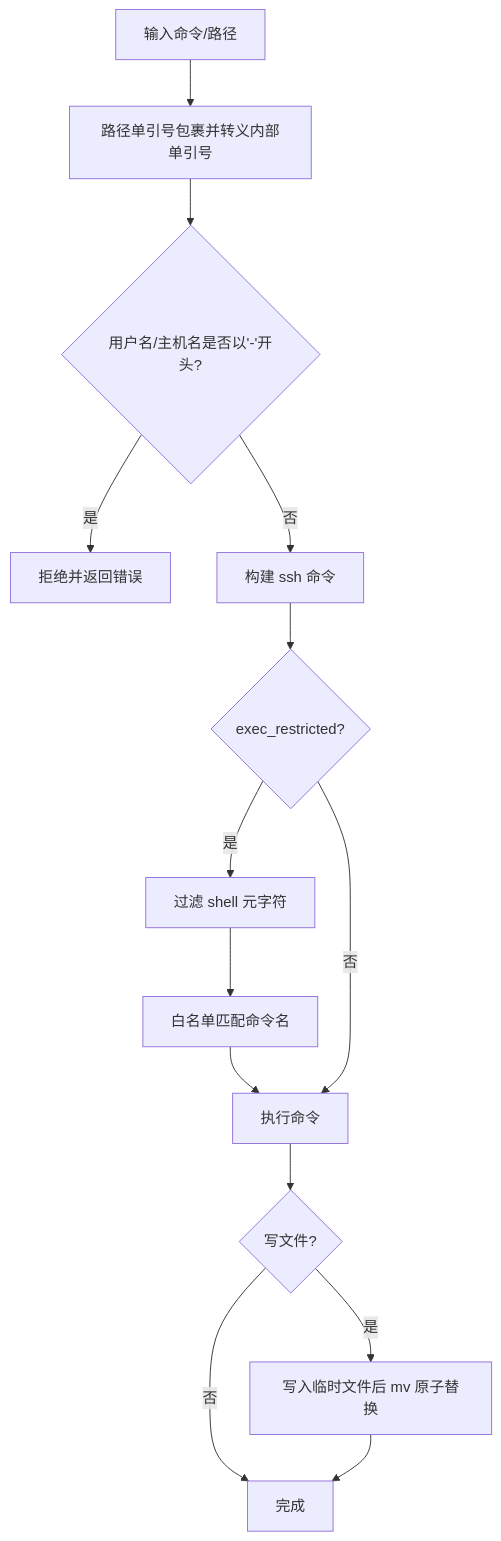
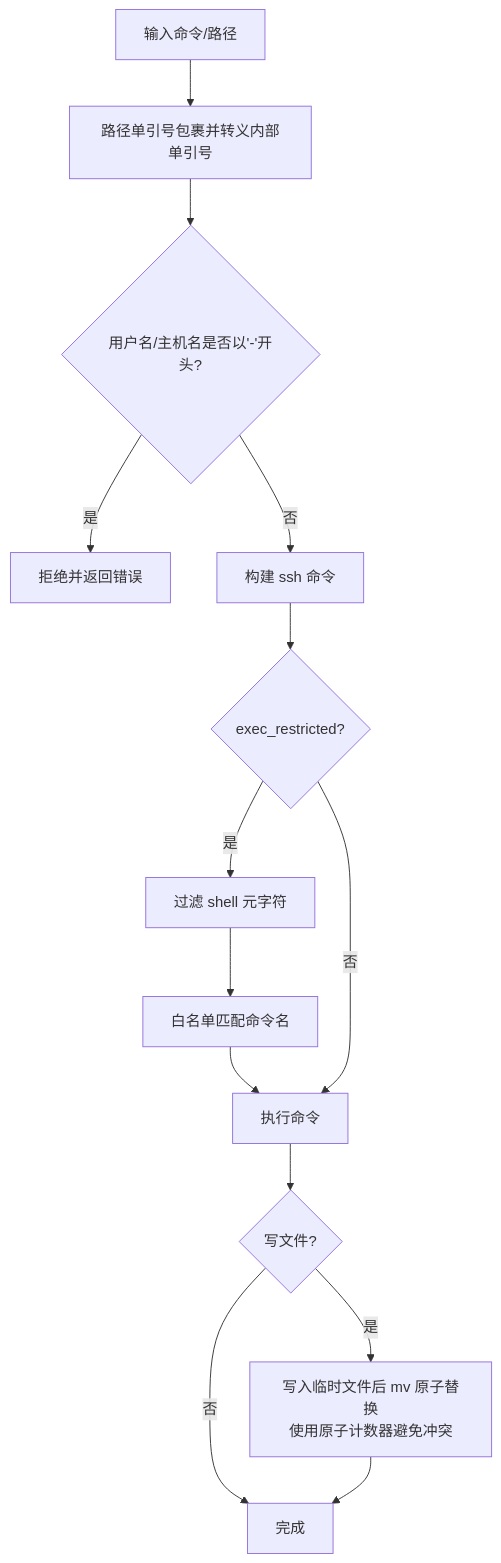
One commit to aetherstudio-cn/AetherStudio changed the fifth of 10 diagrams in .qoder/repowiki/zh/content/远程开发功能/SSH 连接管理.md. Above: the diagram before and after it, drawn with Mermaid. The commit also changed other lines of this file and 17 other files, not shown here.

````diff
--- a/.qoder/repowiki/zh/content/远程开发功能/SSH 连接管理.md
+++ b/.qoder/repowiki/zh/content/远程开发功能/SSH 连接管理.md
@@ -187,16 +230,16 @@
 ```mermaid
 flowchart TD
 In["输入命令/路径"] --> Quote["路径单引号包裹并转义内部单引号"]
 Quote --> Validate{"用户名/主机名是否以'-'开头?"}
 Validate --> |是| Block["拒绝并返回错误"]
 Validate --> |否| BuildCmd["构建 ssh 命令"]
 BuildCmd --> Restricted{"exec_restricted?"}
 Restricted --> |是| MetaFilter["过滤 shell 元字符"]
 MetaFilter --> Whitelist["白名单匹配命令名"]
 Whitelist --> Exec["执行命令"]
 Restricted --> |否| Exec
 Exec --> AtomicWrite{"写文件?"}
-AtomicWrite --> |是| TmpMv["写入临时文件后 mv 原子替换"]
+AtomicWrite --> |是| TmpMv["写入临时文件后 mv 原子替换<br/>使用原子计数器避免冲突"]
 AtomicWrite --> |否| Done["完成"]
 TmpMv --> Done
 ```
````
